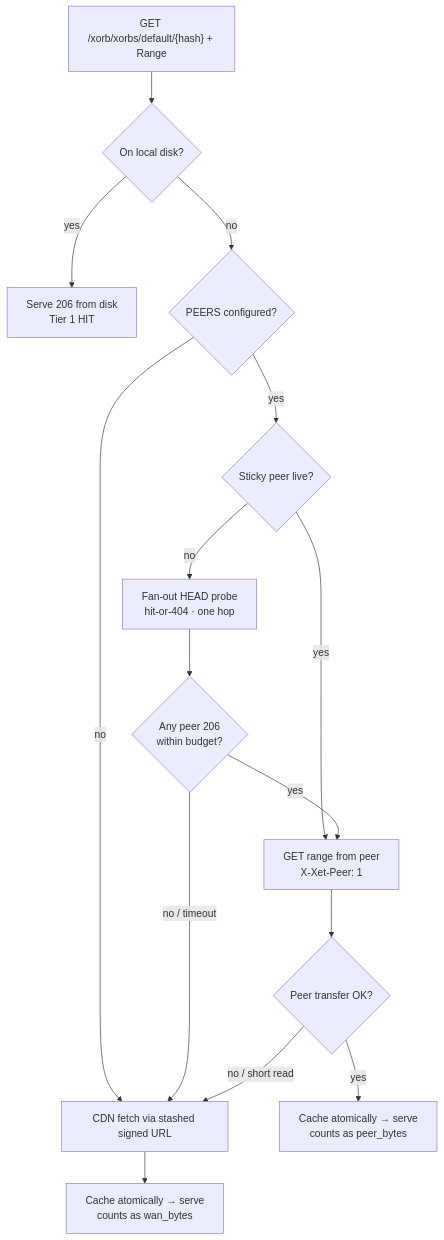
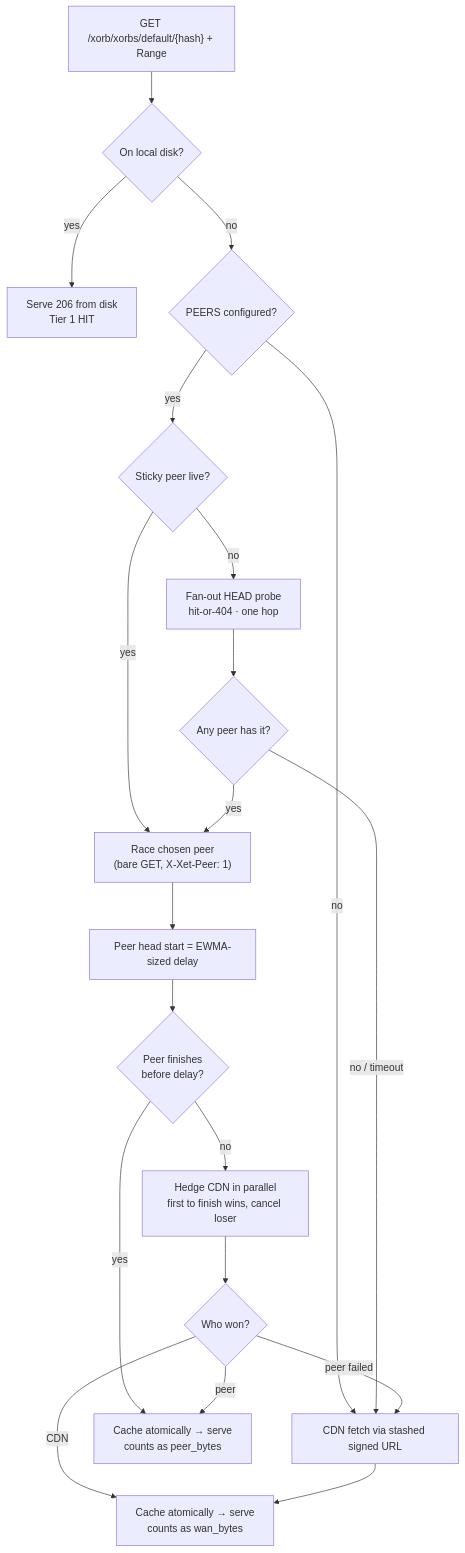
The third of 4 diagrams in README.md (deanq/xet-dc-cache), drawn with Mermaid before and after one commit. The commit also changed other lines of this file and 2 other files, not shown here.

Commit message:
docs: update peering docs for tuned transport + adaptive hedge
Reflect the merged peer-transfer optimization: new env vars, the hedged
race miss path, the never-slower-than-WAN guarantee, corrected cost model,
and the new hedge/throughput metrics.

````diff
--- a/README.md
+++ b/README.md
@@ -83,17 +84,22 @@
 ```mermaid
 flowchart TD
     A["GET /xorb/xorbs/default/{hash} + Range"] --> B{"On local disk?"}
     B -- "yes" --> HIT["Serve 206 from disk<br/>Tier 1 HIT"]
     B -- "no" --> C{"PEERS configured?"}
     C -- "no" --> CDN["CDN fetch via stashed signed URL"]
     C -- "yes" --> D{"Sticky peer live?"}
-    D -- "yes" --> G["GET range from peer<br/>X-Xet-Peer: 1"]
+    D -- "yes" --> R["Race chosen peer<br/>(bare GET, X-Xet-Peer: 1)"]
     D -- "no" --> E["Fan-out HEAD probe<br/>hit-or-404 · one hop"]
-    E --> F{"Any peer 206<br/>within budget?"}
-    F -- "yes" --> G
+    E --> F{"Any peer has it?"}
+    F -- "yes" --> R
     F -- "no / timeout" --> CDN
-    G --> J{"Peer transfer OK?"}
+    R --> H["Peer head start = EWMA-sized delay"]
+    H --> J{"Peer finishes<br/>before delay?"}
     J -- "yes" --> P1["Cache atomically → serve<br/>counts as peer_bytes"]
-    J -- "no / short read" --> CDN
-    CDN --> W1["Cache atomically → serve<br/>counts as wan_bytes"]
+    J -- "no" --> HEDGE["Hedge CDN in parallel<br/>first to finish wins, cancel loser"]
+    HEDGE --> K{"Who won?"}
+    K -- "peer" --> P1
+    K -- "CDN" --> W1["Cache atomically → serve<br/>counts as wan_bytes"]
+    K -- "peer failed" --> CDN
+    CDN --> W1
 ```
````
